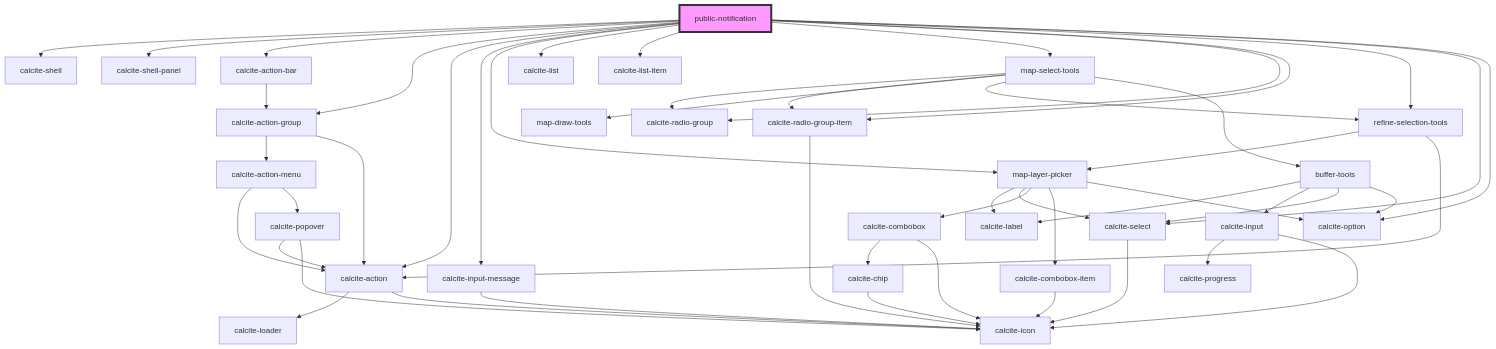
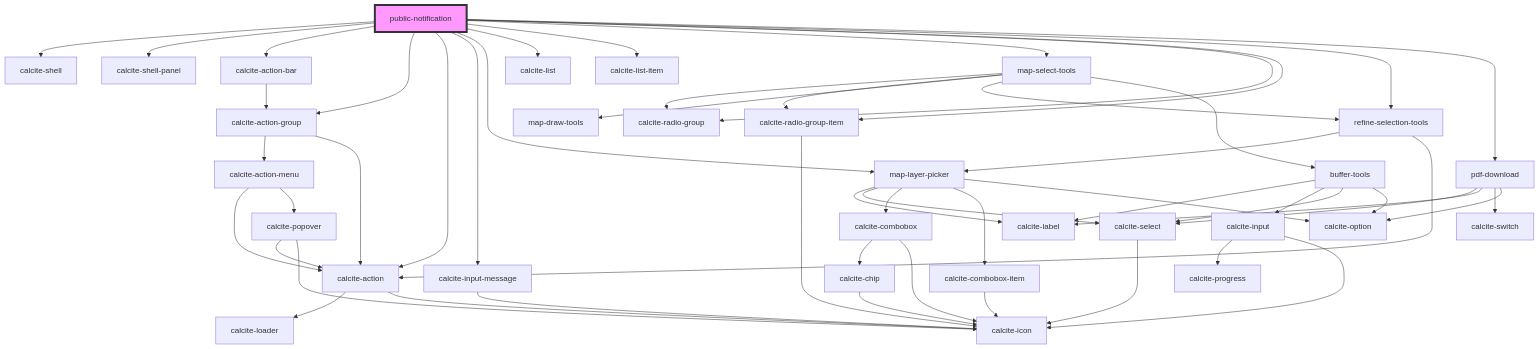
One commit to Esri/solutions-components changed the diagram in src/components/public-notification/readme.md. Above: the diagram before and after it, drawn with Mermaid. The commit also changed other lines of this file and 7 other files, not shown here.

Commit message:
fix issue with SELECT workflow and update pdf tools

````diff
--- a/src/components/public-notification/readme.md
+++ b/src/components/public-notification/readme.md
@@ -44,53 +43,56 @@
 ```mermaid
 graph TD;
   public-notification --> calcite-shell
   public-notification --> calcite-shell-panel
   public-notification --> calcite-action-bar
   public-notification --> calcite-action-group
   public-notification --> calcite-action
   public-notification --> calcite-input-message
   public-notification --> map-layer-picker
   public-notification --> calcite-list
   public-notification --> calcite-list-item
   public-notification --> map-select-tools
   public-notification --> calcite-radio-group
   public-notification --> calcite-radio-group-item
   public-notification --> refine-selection-tools
-  public-notification --> calcite-select
-  public-notification --> calcite-option
+  public-notification --> pdf-download
   calcite-action-bar --> calcite-action-group
   calcite-action-group --> calcite-action-menu
   calcite-action-group --> calcite-action
   calcite-action-menu --> calcite-action
   calcite-action-menu --> calcite-popover
   calcite-action --> calcite-loader
   calcite-action --> calcite-icon
   calcite-popover --> calcite-action
   calcite-popover --> calcite-icon
   calcite-input-message --> calcite-icon
   map-layer-picker --> calcite-label
   map-layer-picker --> calcite-select
   map-layer-picker --> calcite-combobox
   map-layer-picker --> calcite-combobox-item
   map-layer-picker --> calcite-option
   calcite-select --> calcite-icon
   calcite-combobox --> calcite-chip
   calcite-combobox --> calcite-icon
   calcite-chip --> calcite-icon
   calcite-combobox-item --> calcite-icon
   map-select-tools --> calcite-radio-group
   map-select-tools --> calcite-radio-group-item
   map-select-tools --> map-draw-tools
   map-select-tools --> refine-selection-tools
   map-select-tools --> buffer-tools
   calcite-radio-group-item --> calcite-icon
   refine-selection-tools --> map-layer-picker
   refine-selection-tools --> calcite-action
   buffer-tools --> calcite-label
   buffer-tools --> calcite-input
   buffer-tools --> calcite-select
   buffer-tools --> calcite-option
   calcite-input --> calcite-progress
   calcite-input --> calcite-icon
+  pdf-download --> calcite-select
+  pdf-download --> calcite-label
+  pdf-download --> calcite-switch
+  pdf-download --> calcite-option
   style public-notification fill:#f9f,stroke:#333,stroke-width:4px
 ```
````
